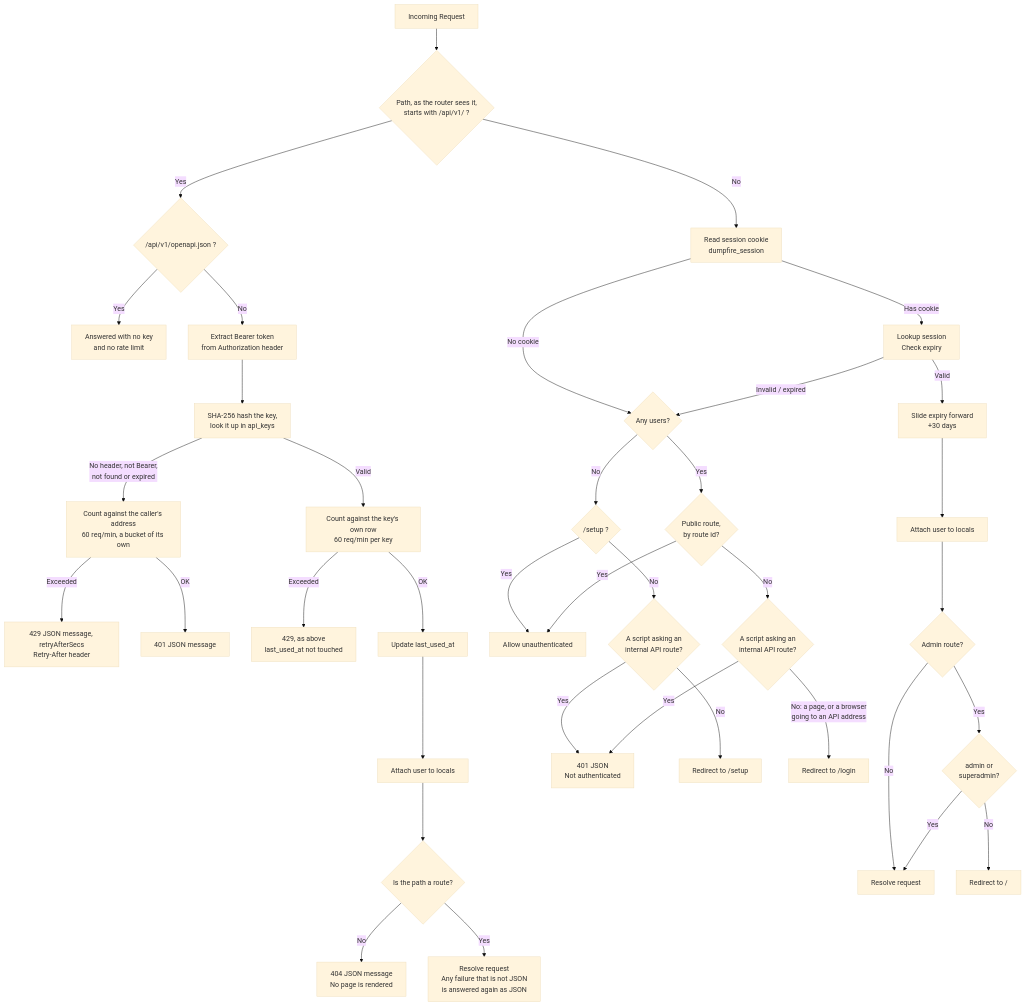
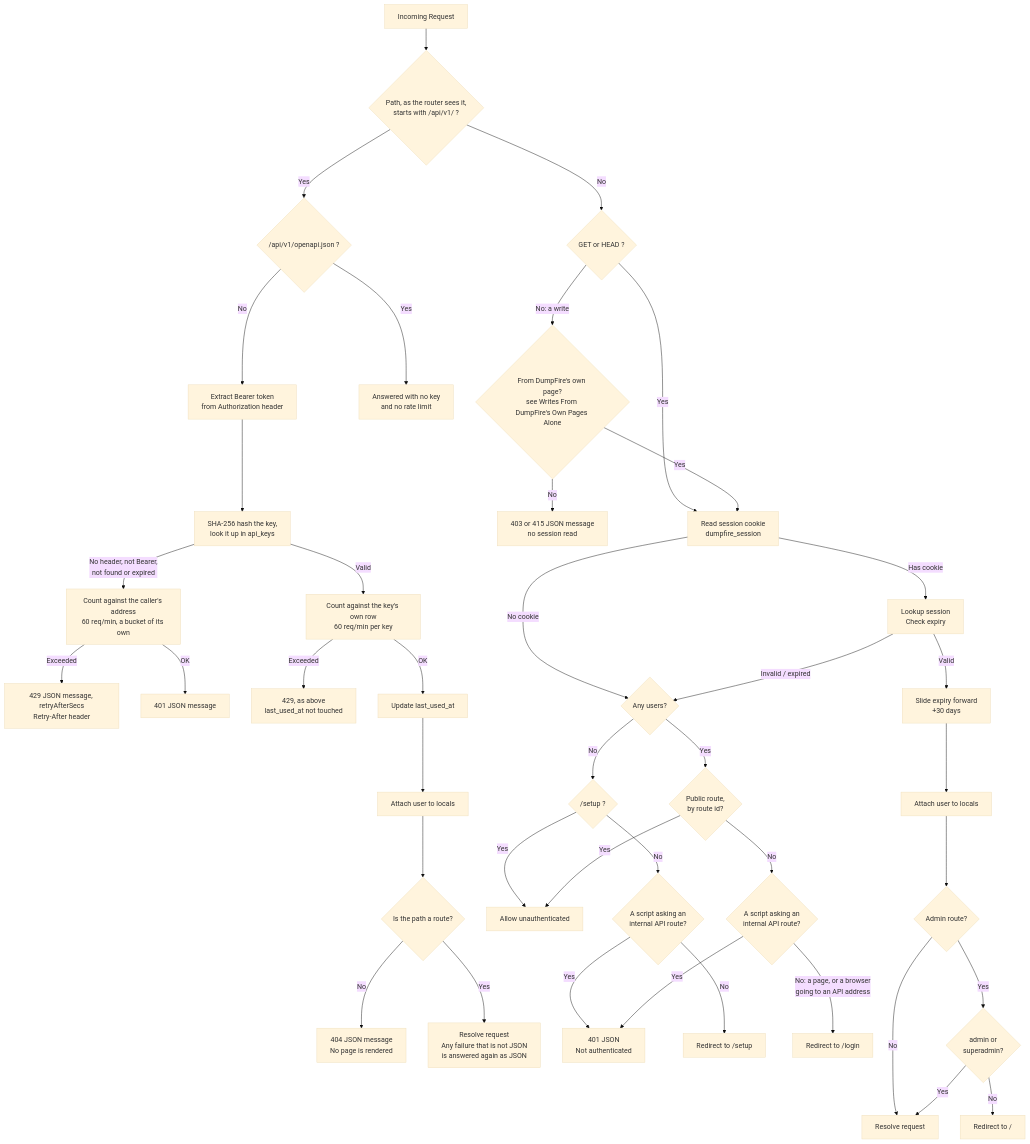
One commit to gitBoon/DumpFire changed the first of 40 diagrams in docs/authentication-security.md. Above: the diagram before and after it, drawn with Mermaid (base theme). The commit also changed other lines of this file and 41 other files, not shown here.

````diff
--- a/docs/authentication-security.md
+++ b/docs/authentication-security.md
@@ -53,45 +56,49 @@
 ```mermaid
 flowchart TD
     Request["Incoming Request"]
     Request --> PathCheck{"Path, as the router sees it,\nstarts with /api/v1/ ?"}
 
     PathCheck -->|"Yes"| OpenApi{"/api/v1/openapi.json ?"}
-    PathCheck -->|"No"| CookieAuth["Read session cookie\ndumpfire_session"]
+    PathCheck -->|"No"| WriteCheck{"GET or HEAD ?"}
+    WriteCheck -->|"Yes"| CookieAuth["Read session cookie\ndumpfire_session"]
+    WriteCheck -->|"No: a write"| OwnPage{"From DumpFire's own page?\nsee Writes From DumpFire's Own Pages Alone"}
+    OwnPage -->|"No"| R403x["403 or 415 JSON message\nno session read"]
+    OwnPage -->|"Yes"| CookieAuth
 
     OpenApi -->|"Yes"| PublicDoc["Answered with no key\nand no rate limit"]
     OpenApi -->|"No"| APIAuth["Extract Bearer token\nfrom Authorization header"]
     APIAuth --> LookupKey["SHA-256 hash the key,\nlook it up in api_keys"]
     LookupKey -->|"No header, not Bearer,\nnot found or expired"| AddressLimit["Count against the caller's address\n60 req/min, a bucket of its own"]
     AddressLimit -->|"Exceeded"| R429a["429 JSON message, retryAfterSecs\nRetry-After header"]
     AddressLimit -->|"OK"| R401["401 JSON message"]
     LookupKey -->|"Valid"| RateLimit["Count against the key's own row\n60 req/min per key"]
     RateLimit -->|"Exceeded"| R429["429, as above\nlast_used_at not touched"]
     RateLimit -->|"OK"| UpdateLastUsed["Update last_used_at"]
     UpdateLastUsed --> ApiUser["Attach user to locals"]
     ApiUser --> KnownRoute{"Is the path a route?"}
     KnownRoute -->|"No"| R404["404 JSON message\nNo page is rendered"]
     KnownRoute -->|"Yes"| ApiResolve["Resolve request\nAny failure that is not JSON\nis answered again as JSON"]
 
     CookieAuth -->|"No cookie"| UsersExist{"Any users?"}
     CookieAuth -->|"Has cookie"| ValidateSession["Lookup session\nCheck expiry"]
     ValidateSession -->|"Invalid / expired"| UsersExist
     ValidateSession -->|"Valid"| SlideExpiry["Slide expiry forward\n+30 days"]
     SlideExpiry --> AttachUser["Attach user to locals"]
 
     UsersExist -->|"No"| SetupOnly{"/setup ?"}
     SetupOnly -->|"Yes"| Allow
     SetupOnly -->|"No"| Script0{"A script asking an\ninternal API route?"}
     Script0 -->|"Yes"| R401b
     Script0 -->|"No"| RedirectSetup["Redirect to /setup"]
     UsersExist -->|"Yes"| CheckPublic{"Public route,\nby route id?"}
     CheckPublic -->|"Yes"| Allow["Allow unauthenticated"]
     CheckPublic -->|"No"| Script{"A script asking an\ninternal API route?"}
     Script -->|"Yes"| R401b["401 JSON\nNot authenticated"]
     Script -->|"No: a page, or a browser\ngoing to an API address"| Redirect["Redirect to /login"]
 
     AttachUser --> AdminCheck{"Admin route?"}
     AdminCheck -->|"Yes"| RoleCheck{"admin or\nsuperadmin?"}
     AdminCheck -->|"No"| Resolve["Resolve request"]
     RoleCheck -->|"Yes"| Resolve
     RoleCheck -->|"No"| RedirectHome["Redirect to /"]
 ```
````
